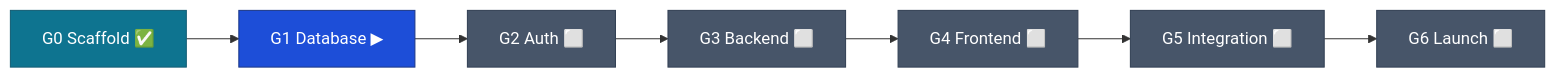
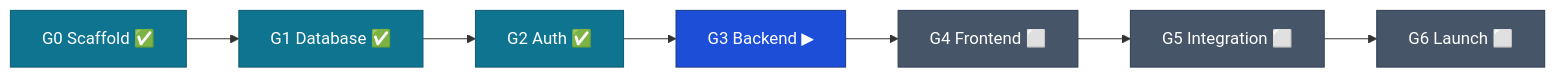
Before and after one commit to KSDRILL-SA/fundslink-Academy: the first of 2 diagrams in docs/README.md, drawn with Mermaid. The commit also changed other lines of this file and 2 other files, not shown here.

First line of the commit message:
docs: bring the docs index + launch checklist current to Stage-02-complete (#92)

````diff
--- a/docs/README.md
+++ b/docs/README.md
@@ -16,7 +16,7 @@
 ```mermaid
 graph LR
-  G0["G0 Scaffold ✅"]:::done --> G1["G1 Database ▶"]:::now --> G2["G2 Auth ⬜"]:::todo --> G3["G3 Backend ⬜"]:::todo --> G4["G4 Frontend ⬜"]:::todo --> G5["G5 Integration ⬜"]:::todo --> G6["G6 Launch ⬜"]:::todo
+  G0["G0 Scaffold ✅"]:::done --> G1["G1 Database ✅"]:::done --> G2["G2 Auth ✅"]:::done --> G3["G3 Backend ▶"]:::now --> G4["G4 Frontend ⬜"]:::todo --> G5["G5 Integration ⬜"]:::todo --> G6["G6 Launch ⬜"]:::todo
   classDef done fill:#0e7490,color:#fff,stroke:#155e75;
   classDef now fill:#1d4ed8,color:#fff,stroke:#1e3a8a;
   classDef todo fill:#475569,color:#fff,stroke:#334155;
 ```
````
